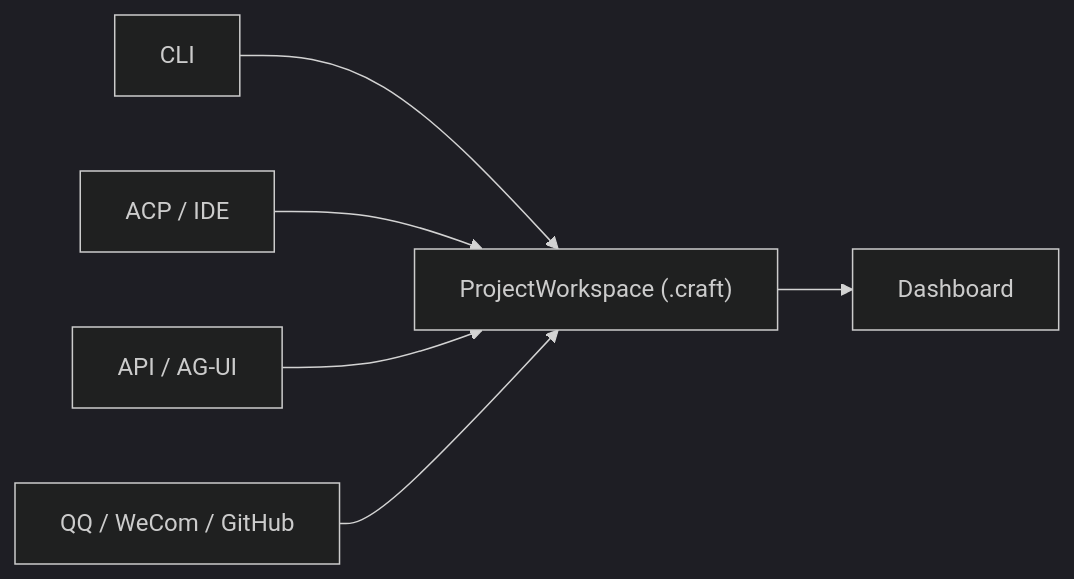
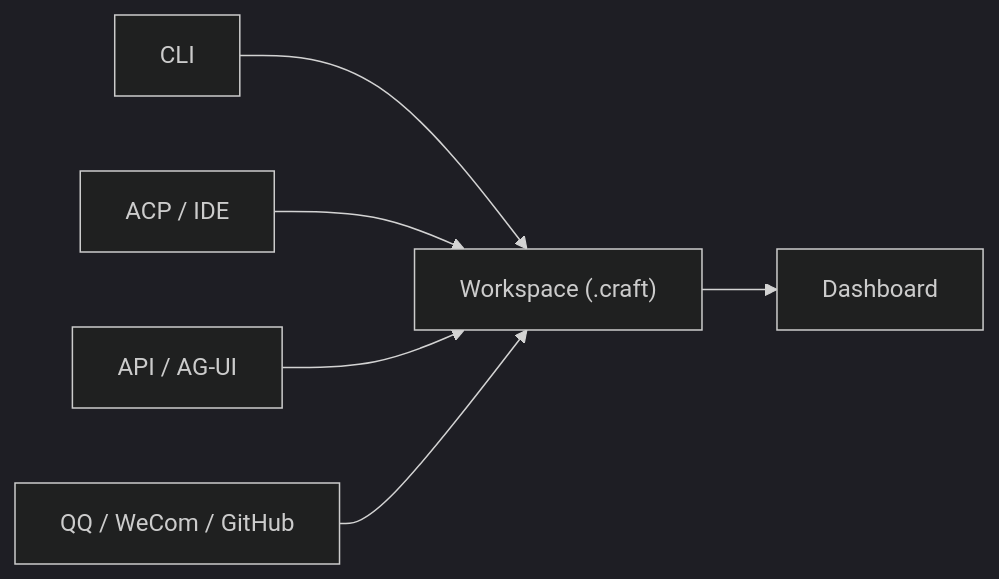
Before and after one commit to DotCraftDev/dotcraft: the second of 2 diagrams in README.md, drawn with Mermaid (dark theme). The commit also changed other lines of this file and 1 other file, not shown here.

````diff
--- a/README.md
+++ b/README.md
@@ -111,15 +111,15 @@
 ```mermaid
 flowchart LR
     Cli["CLI"]
     Ide["ACP / IDE"]
     Api["API / AG-UI"]
     Bots["QQ / WeCom / GitHub"]
-    Workspace["ProjectWorkspace (.craft)"]
+    Workspace["Workspace (.craft)"]
     Dashboard["Dashboard"]
 
     Cli --> Workspace
     Ide --> Workspace
     Api --> Workspace
     Bots --> Workspace
     Workspace --> Dashboard
 ```
````
